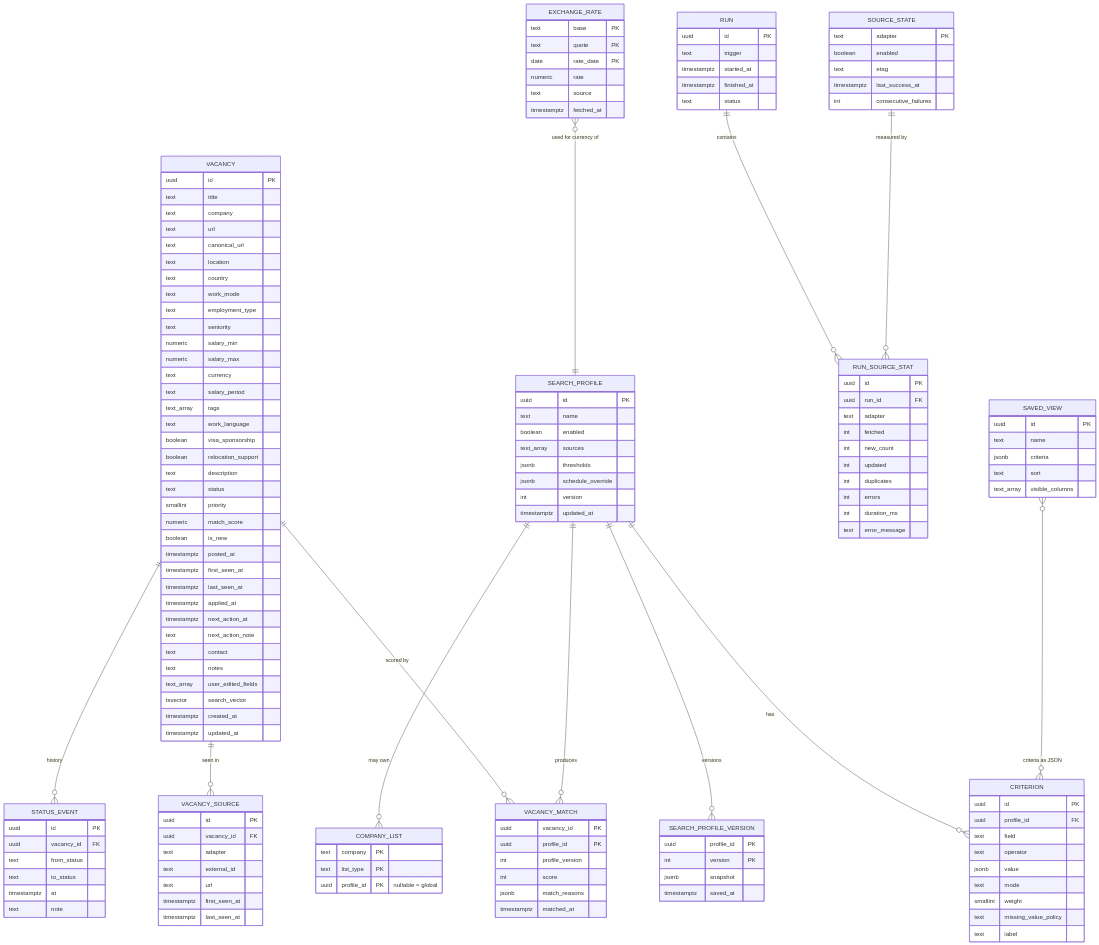
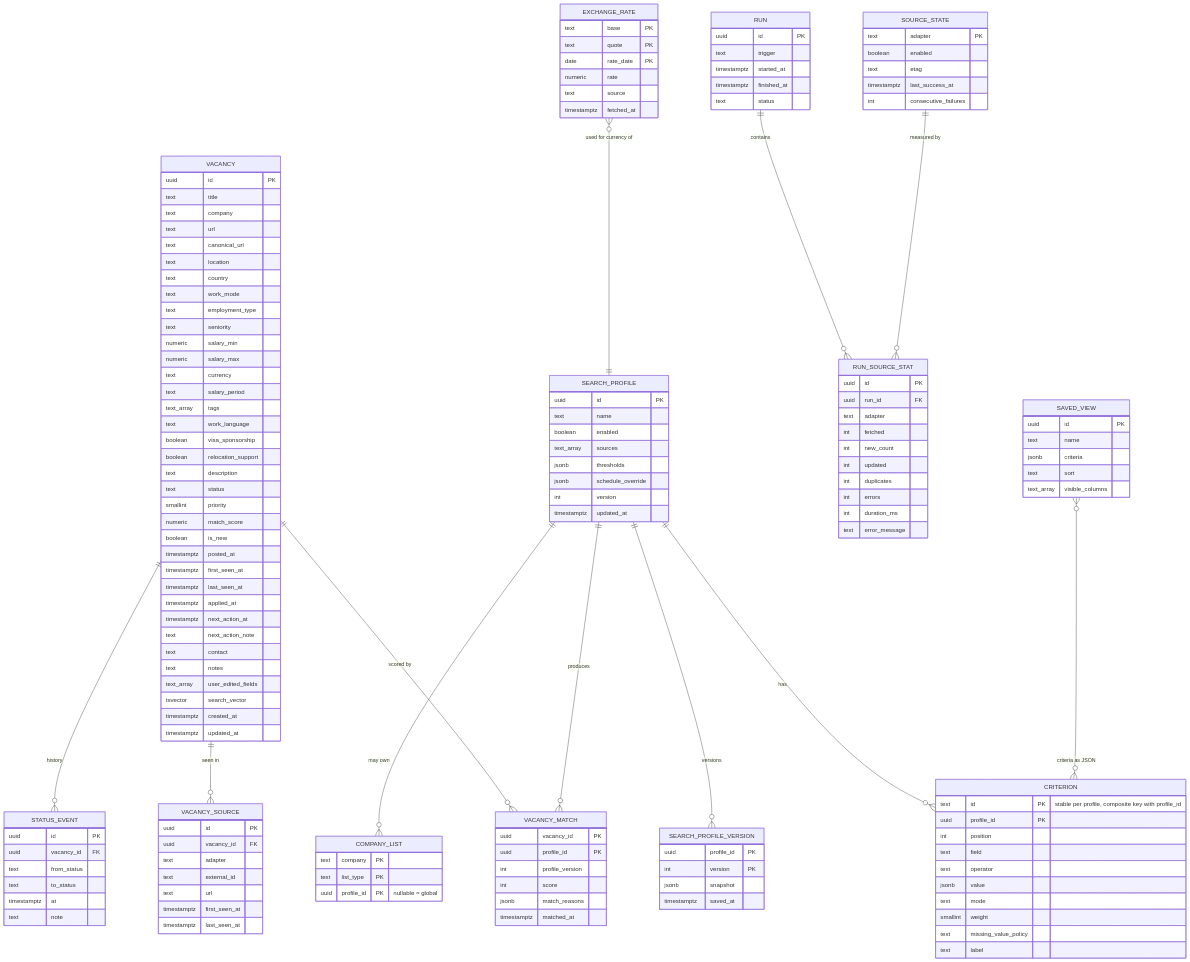
The fourth of 4 diagrams in docs/architecture.md (jmarkuz/vacancy-tracker), drawn with Mermaid before and after one commit. The commit also changed 17 other files, not shown here.

```diff
--- a/docs/architecture.md
+++ b/docs/architecture.md
@@ -194,8 +194,9 @@
         timestamptz saved_at
     }
     CRITERION {
-        uuid id PK
-        uuid profile_id FK
+        text id PK "stable per profile, composite key with profile_id"
+        uuid profile_id PK
+        int position
         text field
         text operator
         jsonb value
```
